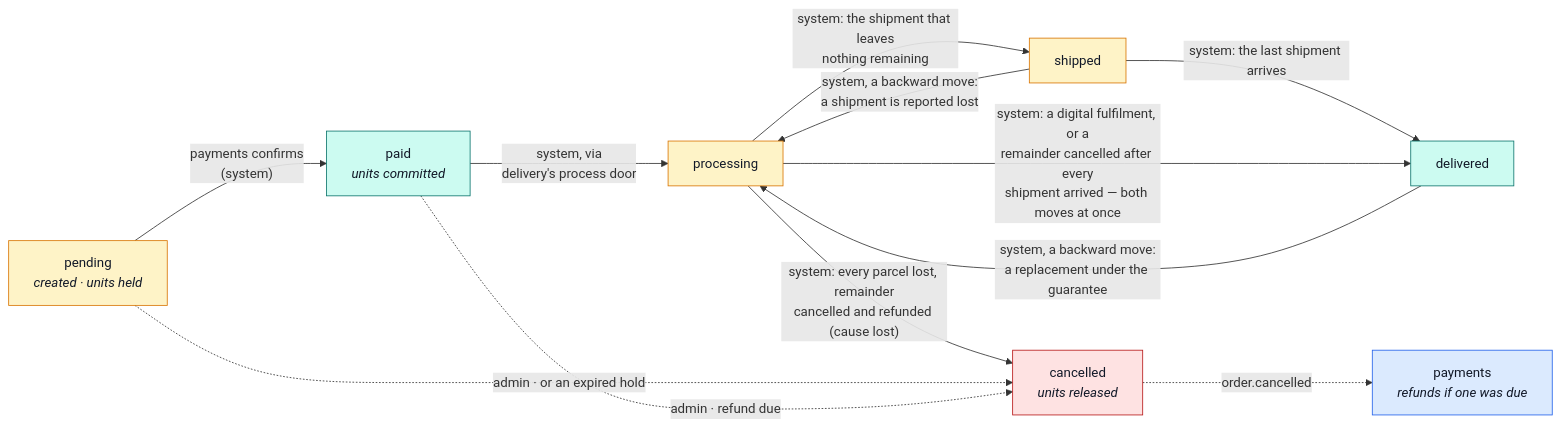
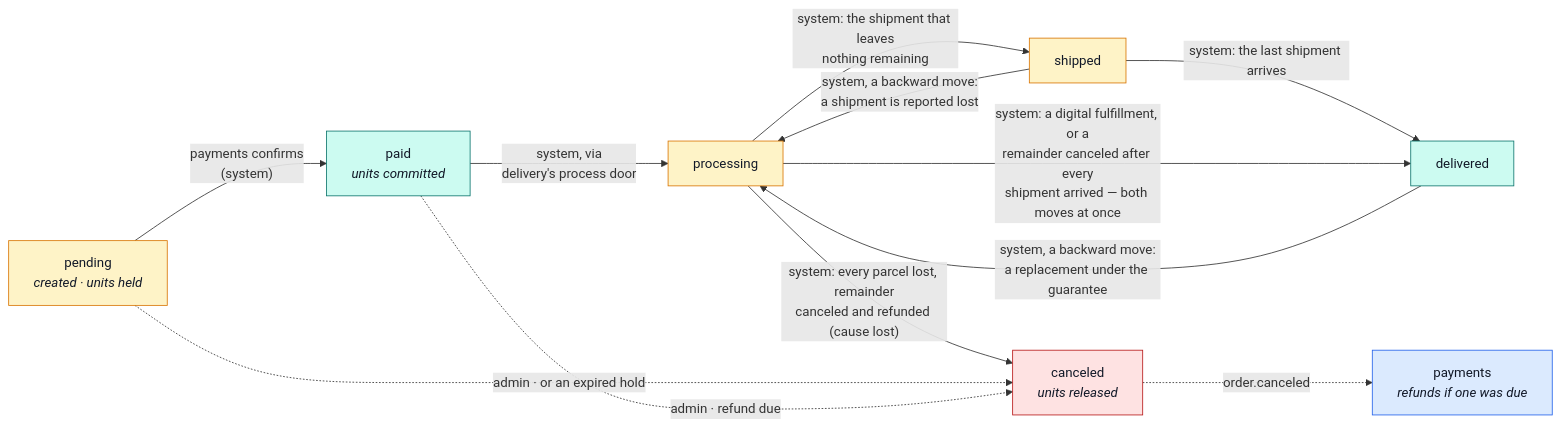
One commit to Guebbit/boilerplate-node-backend changed the fourth of 9 diagrams in docs/modules/orders.md. Above: the diagram before and after it, drawn with Mermaid. The commit also changed other lines of this file and 301 other files, not shown here.

````diff
--- a/docs/modules/orders.md
+++ b/docs/modules/orders.md
@@ -283,24 +283,24 @@
 ```mermaid
 %%{init: {'flowchart': {'nodeSpacing': 30, 'rankSpacing': 55}}}%%
 flowchart LR
     P["pending<br/><i>created · units held</i>"] -->|"payments confirms<br/>(system)"| PA["paid<br/><i>units committed</i>"]
     PA -->|"system, via<br/>delivery's process door"| PR["processing"]
     PR -->|"system: the shipment that leaves<br/>nothing remaining"| SH["shipped"]
     SH -->|"system: the last shipment arrives"| DE["delivered"]
     SH -->|"system, a backward move:<br/>a shipment is reported lost"| PR
     DE -->|"system, a backward move:<br/>a replacement under the guarantee"| PR
-    PR -->|"system: every parcel lost, remainder<br/>cancelled and refunded (cause lost)"| CA
-    PR -->|"system: a digital fulfilment, or a<br/>remainder cancelled after every<br/>shipment arrived — both moves at once"| DE
-    P -.->|"admin · or an expired hold"| CA["cancelled<br/><i>units released</i>"]
+    PR -->|"system: every parcel lost, remainder<br/>canceled and refunded (cause lost)"| CA
+    PR -->|"system: a digital fulfillment, or a<br/>remainder canceled after every<br/>shipment arrived — both moves at once"| DE
+    P -.->|"admin · or an expired hold"| CA["canceled<br/><i>units released</i>"]
     PA -.->|"admin · refund due"| CA
-    CA -. "order.cancelled" .-> PM["payments<br/><i>refunds if one was due</i>"]
+    CA -. "order.canceled" .-> PM["payments<br/><i>refunds if one was due</i>"]
 
     classDef open fill:#fef3c7,stroke:#d97706,color:#111827;
     classDef done fill:#ccfbf1,stroke:#0f766e,color:#111827;
     classDef bad fill:#fee2e2,stroke:#b91c1c,color:#111827;
     classDef peer fill:#dbeafe,stroke:#2563eb,color:#111827;
     class P,PR,SH open;
     class PA,DE done;
     class CA bad;
     class PM peer;
 ```
````
